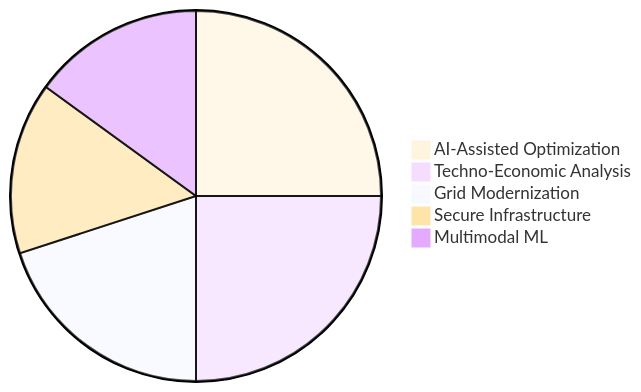
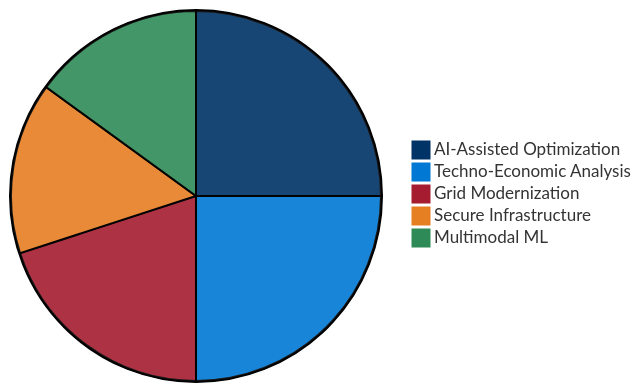
One commit to BurhanAbdullah/BurhanAbdullah changed the diagram in README.md. Above: the diagram before and after it, drawn with Mermaid. The commit also changed other lines of this file, not shown here.

````diff
--- a/README.md
+++ b/README.md
@@ -29,9 +29,19 @@
 ```mermaid
-%%{init: {'theme': 'base', 'themeVariables': { 'fontFamily': 'Times New Roman', 'pieSectionTextSize': '0px' }}}%%
+%%{init: {'theme': 'base', 'themeVariables': { 
+    'fontFamily': 'Times New Roman', 
+    'pieSectionTextSize': '0px',
+    'pie1': '#003366', 
+    'pie2': '#0078d4', 
+    'pie3': '#A51C30', 
+    'pie4': '#E67E22', 
+    'pie5': '#2E8B57',
+    'pieOuterStrokeWidth': '2px',
+    'pieOpacity': '0.9'
+}}}%%
 pie
     "AI-Assisted Optimization" : 25
     "Techno-Economic Analysis" : 25
     "Grid Modernization" : 20
     "Secure Infrastructure" : 15
     "Multimodal ML" : 15
 ```
````
